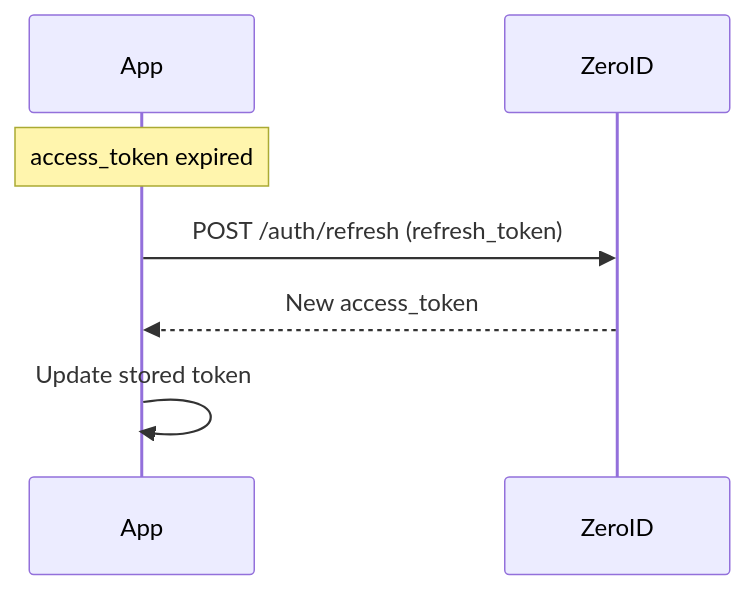
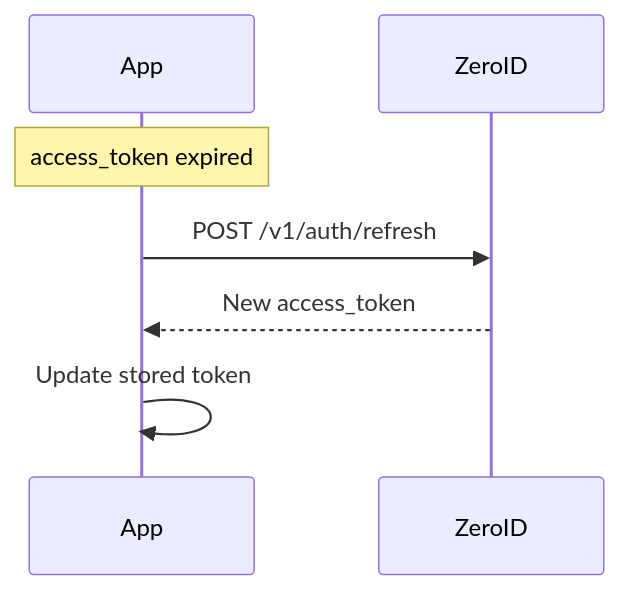
Before and after one commit to cypher-asi/aura-swarm: the third of 3 diagrams in docs/spec/v0.1.0/07-auth.md, drawn with Mermaid. The commit also changed other lines of this file and 87 other files, not shown here.

````diff
--- a/docs/spec/v0.1.0/07-auth.md
+++ b/docs/spec/v0.1.0/07-auth.md
@@ -51,10 +53,10 @@
 ```mermaid
 sequenceDiagram
     participant App
     participant ZeroID
     
     Note over App: access_token expired
-    App->>ZeroID: POST /auth/refresh (refresh_token)
+    App->>ZeroID: POST /v1/auth/refresh
     ZeroID-->>App: New access_token
     App->>App: Update stored token
 ```
````
